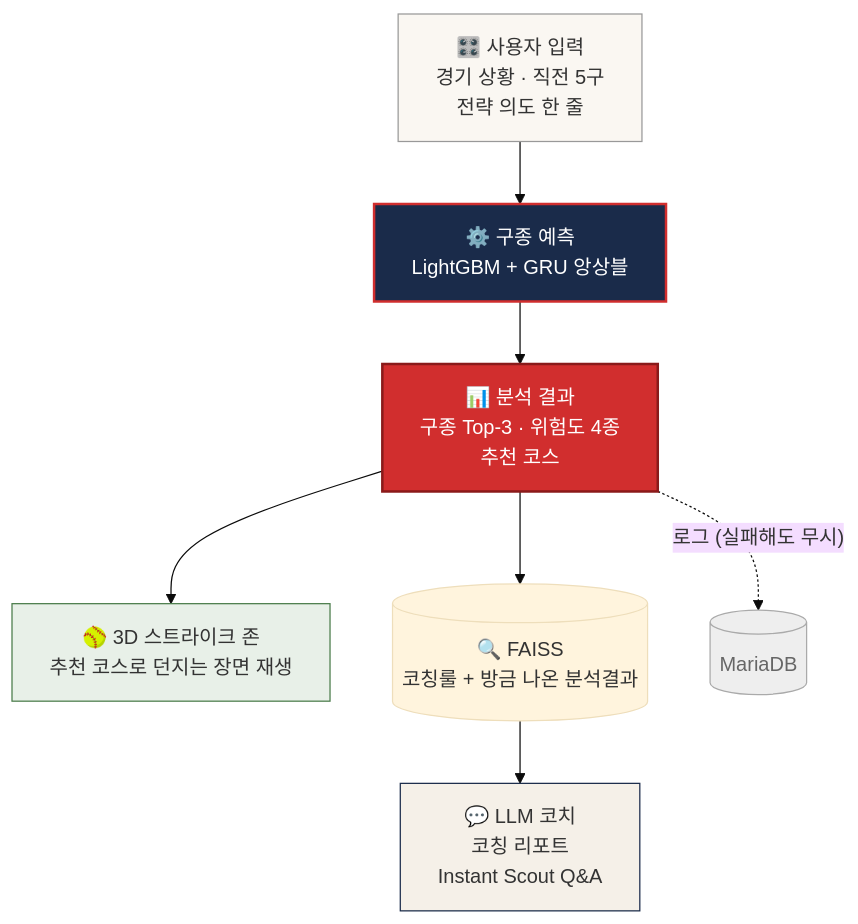
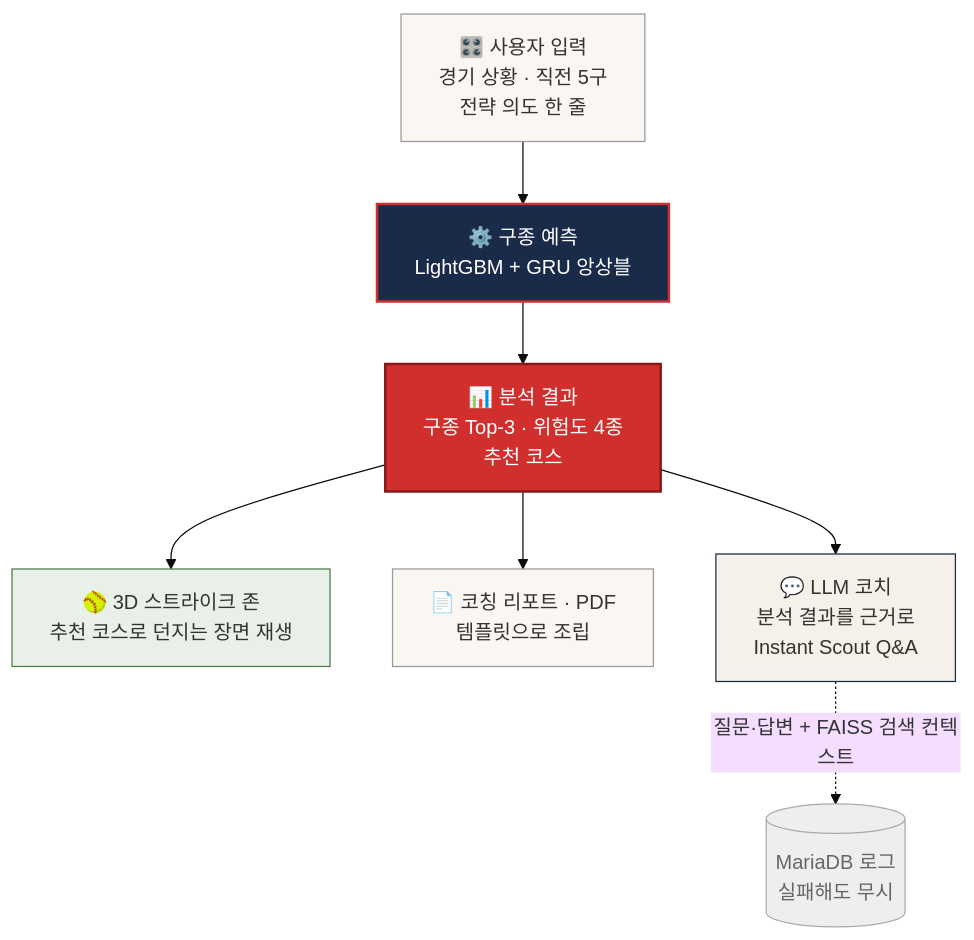
Before and after one commit to jjssspark/DiamondScout-AI: the first of 3 diagrams in README.md, drawn with Mermaid (base theme). The commit also changed other lines of this file and 2 other files, not shown here.

First line of the commit message:
docs: FAISS 검색이 답변 생성에 안 쓰이는 현실에 맞게 README·주석 정리

````diff
--- a/README.md
+++ b/README.md
@@ -150,17 +150,18 @@
 ```mermaid
 flowchart TD
     IN["🎛️ 사용자 입력<br/>경기 상황 · 직전 5구<br/>전략 의도 한 줄"]
     IN --> PRED["⚙️ 구종 예측<br/>LightGBM + GRU 앙상블"]
     PRED --> OUT["📊 분석 결과<br/>구종 Top-3 · 위험도 4종<br/>추천 코스"]
     OUT --> ZONE["🥎 3D 스트라이크 존<br/>추천 코스로 던지는 장면 재생"]
-    OUT --> RAG[("🔍 FAISS<br/>코칭룰 + 방금 나온 분석결과")]
-    RAG --> LLM["💬 LLM 코치<br/>코칭 리포트<br/>Instant Scout Q&A"]
-    OUT -. 로그 (실패해도 무시) .-> DB[("MariaDB")]
+    OUT --> REPORT["📄 코칭 리포트 · PDF<br/>템플릿으로 조립"]
+    OUT --> LLM["💬 LLM 코치<br/>분석 결과를 근거로<br/>Instant Scout Q&A"]
+    LLM -. 질문·답변 + FAISS 검색 컨텍스트 .-> DB[("MariaDB 로그<br/>실패해도 무시")]
 
     style IN fill:#faf7f2,stroke:#999
     style PRED fill:#1a2b4a,stroke:#D12E2E,stroke-width:2px,color:#fff
     style OUT fill:#D12E2E,stroke:#8a1a1a,stroke-width:2px,color:#fff
     style ZONE fill:#e8f0e8,stroke:#4a7c4a
+    style REPORT fill:#faf7f2,stroke:#999
     style LLM fill:#f5f0e8,stroke:#1a2b4a
     style DB fill:#eee,stroke:#aaa,color:#666
 ```
````
